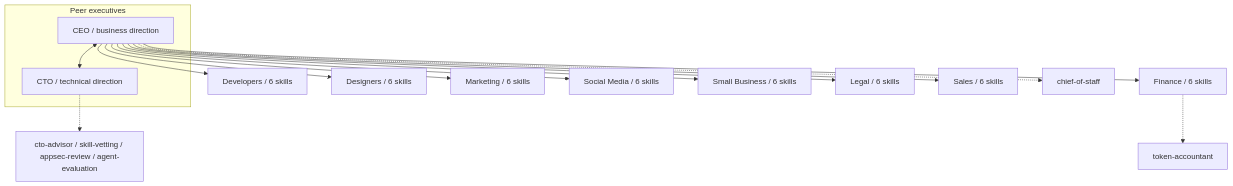
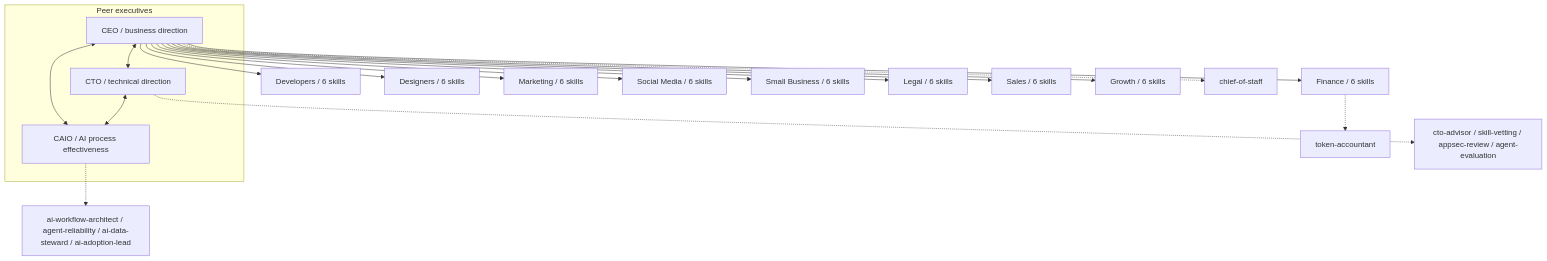
One commit to alebgl77/claude-inc changed the diagram in README.md. Above: the diagram before and after it, drawn with Mermaid. The commit also changed other lines of this file and 67 other files, not shown here.

Commit message:
Add B2B Growth department and transverse CAIO

````diff
--- a/README.md
+++ b/README.md
@@ -156,19 +169,24 @@
 ```mermaid
 graph TD
     subgraph EXEC["Peer executives"]
         CEO["CEO / business direction"]
         CTO["CTO / technical direction"]
+        CAIO["CAIO / AI process effectiveness"]
         CEO <--> CTO
+        CEO <--> CAIO
+        CTO <--> CAIO
     end
     CEO --> DEV["Developers / 6 skills"]
     CEO --> DES["Designers / 6 skills"]
     CEO --> MKT["Marketing / 6 skills"]
     CEO --> SOC["Social Media / 6 skills"]
     CEO --> FIN["Finance / 6 skills"]
     CEO --> SMB["Small Business / 6 skills"]
     CEO --> LEG["Legal / 6 skills"]
     CEO --> SAL["Sales / 6 skills"]
+    CEO --> GRO["Growth / 6 skills"]
     CEO -.-> COS["chief-of-staff"]
     FIN -.-> TOK["token-accountant"]
     CTO -.-> TECH["cto-advisor / skill-vetting / appsec-review / agent-evaluation"]
+    CAIO -.-> AI["ai-workflow-architect / agent-reliability / ai-data-steward / ai-adoption-lead"]
 ```
````
